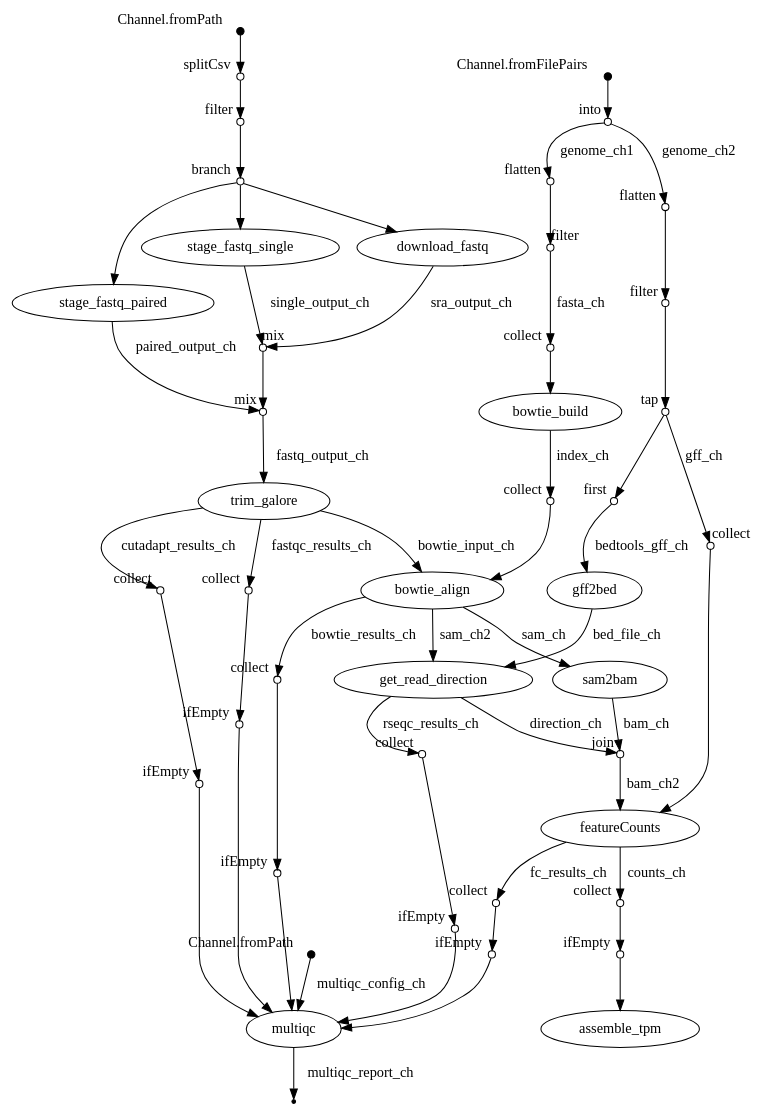
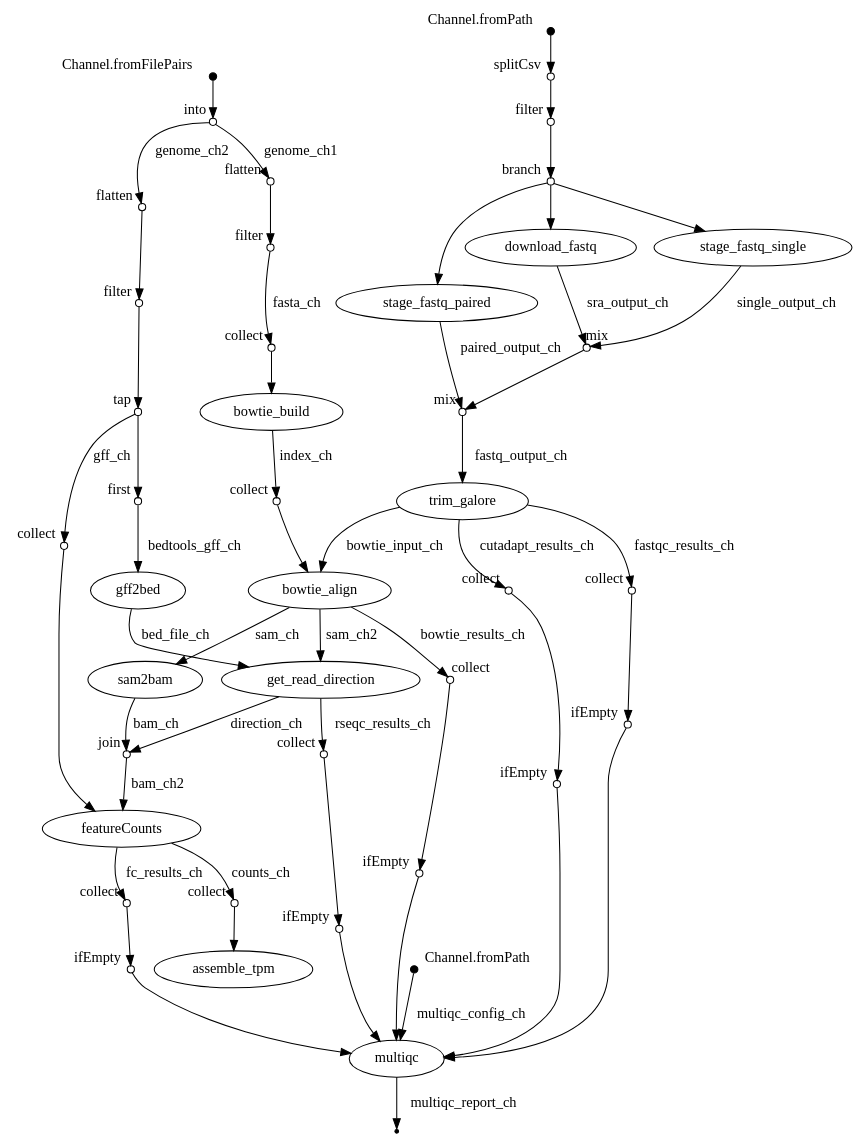
The diagram in 2_process_data/trace/dag.dot (cristalzucsd/iModulonMiner), drawn with Graphviz before and after one commit. The commit also changed 108 other files, not shown here.

```diff
--- a/2_process_data/trace/dag.dot
+++ b/2_process_data/trace/dag.dot
@@ -4,12 +4,12 @@
 p0 -> p1;
 
 p1 [shape=circle,label="",fixedsize=true,width=0.1,xlabel="into"];
+p2 [shape=circle,label="",fixedsize=true,width=0.1,xlabel="flatten"];
+p1 -> p2 [label="genome_ch1"];
+
+p1 [shape=circle,label="",fixedsize=true,width=0.1,xlabel="into"];
 p4 [shape=circle,label="",fixedsize=true,width=0.1,xlabel="flatten"];
 p1 -> p4 [label="genome_ch2"];
-
-p1 [shape=circle,label="",fixedsize=true,width=0.1,xlabel="into"];
-p2 [shape=circle,label="",fixedsize=true,width=0.1,xlabel="flatten"];
-p1 -> p2 [label="genome_ch1"];
 
 p2 [shape=circle,label="",fixedsize=true,width=0.1,xlabel="flatten"];
 p3 [shape=circle,label="",fixedsize=true,width=0.1,xlabel="filter"];
@@ -64,16 +64,16 @@
 p13 -> p14;
 
 p14 [shape=circle,label="",fixedsize=true,width=0.1,xlabel="branch"];
+p15 [label="download_fastq"];
+p14 -> p15;
+
+p14 [shape=circle,label="",fixedsize=true,width=0.1,xlabel="branch"];
 p16 [label="stage_fastq_single"];
 p14 -> p16;
 
 p14 [shape=circle,label="",fixedsize=true,width=0.1,xlabel="branch"];
 p17 [label="stage_fastq_paired"];
 p14 -> p17;
-
-p14 [shape=circle,label="",fixedsize=true,width=0.1,xlabel="branch"];
-p15 [label="download_fastq"];
-p14 -> p15;
 
 p15 [label="download_fastq"];
 p18 [shape=circle,label="",fixedsize=true,width=0.1,xlabel="mix"];
@@ -200,11 +200,7 @@
 p39 -> p40 [label="multiqc_report_ch"];
 
 p41 [shape=circle,label="",fixedsize=true,width=0.1,xlabel="collect"];
-p42 [shape=circle,label="",fixedsize=true,width=0.1,xlabel="ifEmpty"];
+p42 [label="assemble_tpm"];
 p41 -> p42;
 
-p42 [shape=circle,label="",fixedsize=true,width=0.1,xlabel="ifEmpty"];
-p43 [label="assemble_tpm"];
-p42 -> p43;
-
 }
```
